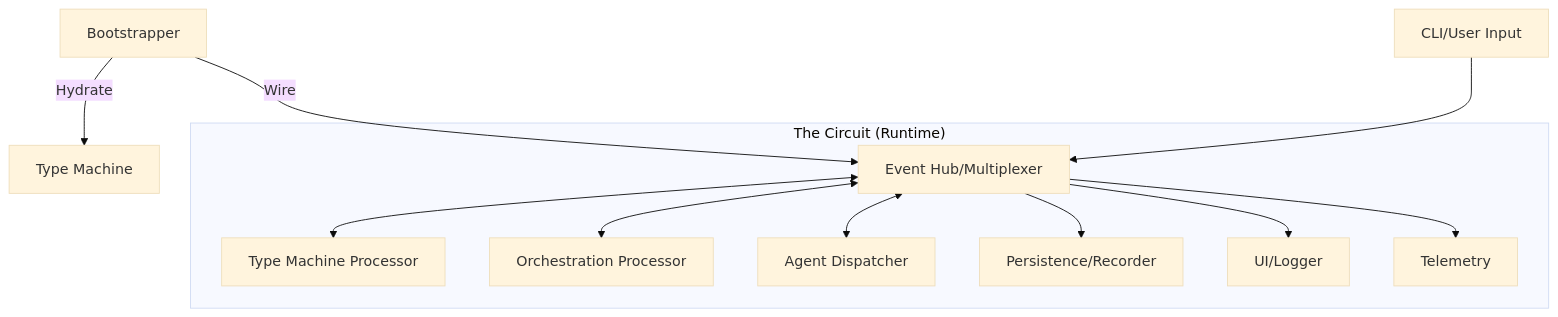
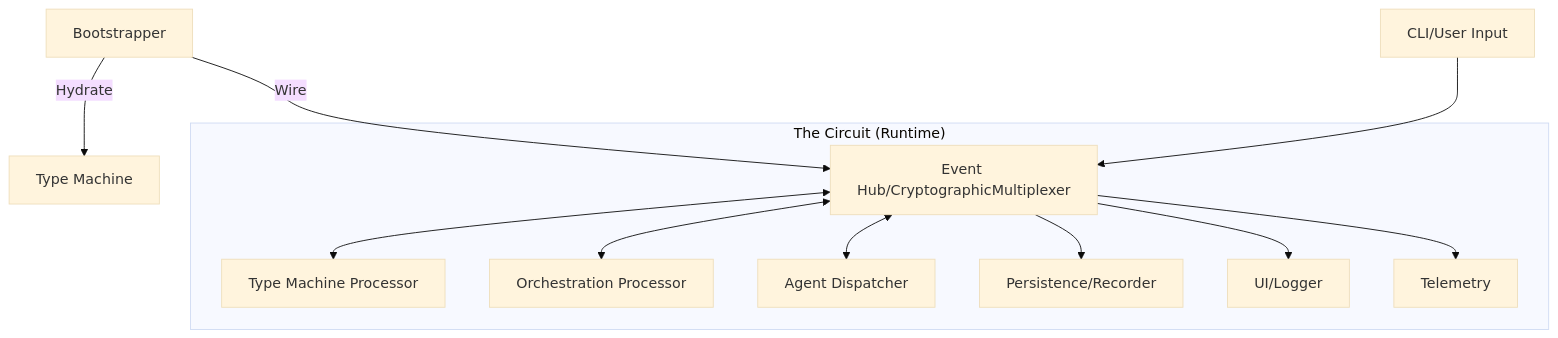
Before and after one commit to Tsomaia-Technologies/ductus: the first of 3 diagrams in rfcs/rfc-001.md, drawn with Mermaid (base theme). The commit also changed other lines of this file and 17 other files, not shown here.

````diff
--- a/rfcs/rfc-001.md
+++ b/rfcs/rfc-001.md
@@ -18,16 +18,16 @@
 ```mermaid
 graph TD
     Boot[Bootstrapper] -->|Hydrate| SM[Type Machine]
-    Boot -->|Wire| Hub[Event Hub/Multiplexer]
+    Boot -->|Wire| Hub[Event Hub/CryptographicMultiplexer]
     
     subgraph "The Circuit (Runtime)"
         Hub <--> SMNode[Type Machine Processor]
         Hub <--> OrchNode[Orchestration Processor]
         Hub <--> DispNode[Agent Dispatcher]
         Hub --> RecNode[Persistence/Recorder]
         Hub --> LogNode[UI/Logger]
         Hub --> TelNode[Telemetry]
     end
     
     Input[CLI/User Input] --> Hub
 ```
````
